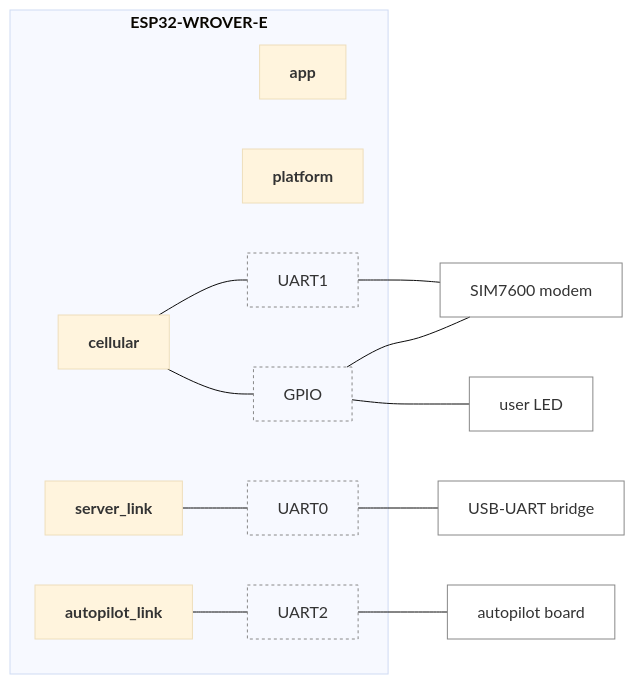
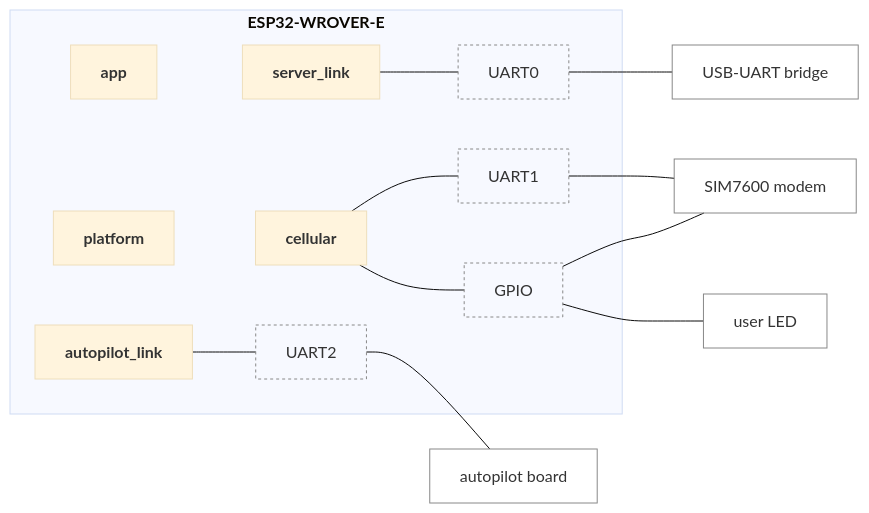
One commit to jRmx0/esp-architecture changed the fourth of 6 diagrams in examples/gateway/diagrams.md. Above: the diagram before and after it, drawn with Mermaid (base theme). The commit also changed 3 other files, not shown here.

````diff
--- a/examples/gateway/diagrams.md
+++ b/examples/gateway/diagrams.md
@@ -76,31 +76,33 @@
 ```mermaid
 flowchart LR
   subgraph cpu_box["<b>ESP32-WROVER-E</b>"]
     n_cellular["<b>cellular</b>"]
     n_server_link["<b>server_link</b>"]
     n_autopilot_link["<b>autopilot_link</b>"]
     n_app["<b>app</b>"]
     n_platform["<b>platform</b>"]
     n_uart_modem["UART1"]
     n_uart2_board["UART2"]
     n_uart0_console["UART0"]
     n_gpio_board["GPIO"]
   end
   n_sim7600["SIM7600 modem"]
   n_user_led["user LED"]
   n_autopilot_board["autopilot board"]
   n_ch9102["USB-UART bridge"]
   n_server_link --- n_uart0_console
   n_cellular --- n_uart_modem
   n_cellular --- n_gpio_board
   n_autopilot_link --- n_uart2_board
   n_uart_modem --- n_sim7600
   n_gpio_board --- n_sim7600
   n_gpio_board --- n_user_led
   n_uart2_board --- n_autopilot_board
   n_uart0_console --- n_ch9102
+  n_app ~~~ n_server_link
+  n_platform ~~~ n_cellular
   classDef bus fill:none,stroke:#888,stroke-dasharray:3 3
   class n_uart_modem,n_uart2_board,n_uart0_console,n_gpio_board bus
   classDef device fill:none,stroke:#888
   class n_sim7600,n_user_led,n_autopilot_board,n_ch9102 device
 ```
````
